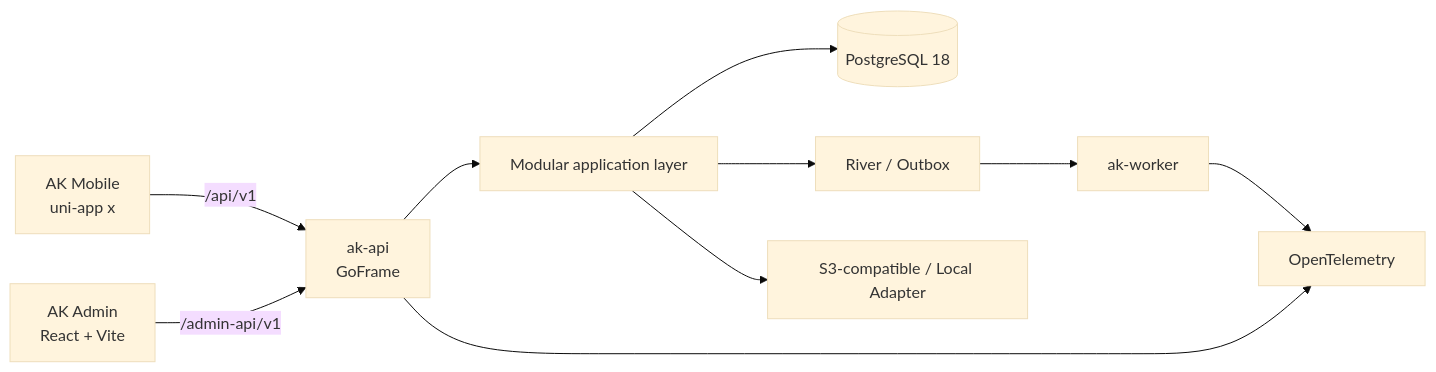
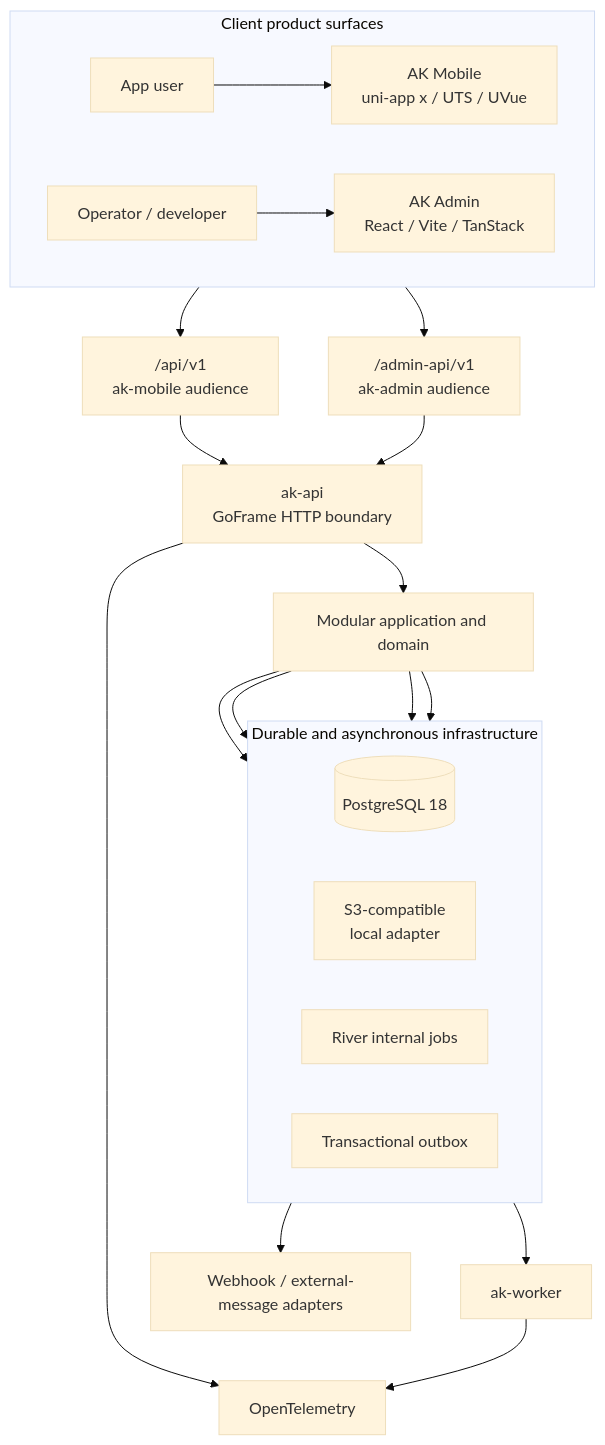
The first of 4 diagrams in apps/ak-docs/docs/en-US/concepts/architecture.md (Payhon/AppKernia), drawn with Mermaid (base theme) before and after one commit. The commit also changed other lines of this file and 65 other files, not shown here.

Commit message:
feat(docs): enrich architecture and project story

````diff
--- a/apps/ak-docs/docs/en-US/concepts/architecture.md
+++ b/apps/ak-docs/docs/en-US/concepts/architecture.md
@@ -8,12 +12,30 @@
 ```mermaid
-flowchart LR
-  Mobile["AK Mobile<br/>uni-app x"] -->|"/api/v1"| API["ak-api<br/>GoFrame"]
-  Admin["AK Admin<br/>React + Vite"] -->|"/admin-api/v1"| API
-  API --> Modules["Modular application layer"]
-  Modules --> PG[("PostgreSQL 18")]
-  Modules --> Queue["River / Outbox"]
-  Queue --> Worker["ak-worker"]
-  Modules --> Storage["S3-compatible / Local Adapter"]
+flowchart TB
+  accTitle: AppKernia overall three-surface architecture
+  accDescr: Mobile enters through the App API and Admin through the Admin API; both reach one modular server backed by PostgreSQL, object storage, queues, external-event adapters, and observability.
+  subgraph Clients["Client product surfaces"]
+    direction LR
+    User["App user"] --> Mobile["AK Mobile<br/>uni-app x / UTS / UVue"]
+    Operator["Operator / developer"] --> Admin["AK Admin<br/>React / Vite / TanStack"]
+  end
+  Mobile --> AppBoundary["/api/v1<br/>ak-mobile audience"]
+  Admin --> AdminBoundary["/admin-api/v1<br/>ak-admin audience"]
+  AppBoundary --> API["ak-api<br/>GoFrame HTTP boundary"]
+  AdminBoundary --> API
+  API --> Modules["Modular application and domain"]
+  subgraph Foundations["Durable and asynchronous infrastructure"]
+    direction LR
+    PG[("PostgreSQL 18")]
+    Storage["S3-compatible<br/>local adapter"]
+    River["River internal jobs"]
+    Outbox["Transactional outbox"]
+  end
+  Modules --> PG
+  Modules --> Storage
+  Modules --> River
+  Modules --> Outbox
+  River --> Worker["ak-worker"]
+  Outbox --> Integrations["Webhook / external-message adapters"]
   API --> OTel["OpenTelemetry"]
   Worker --> OTel
 ```
````
